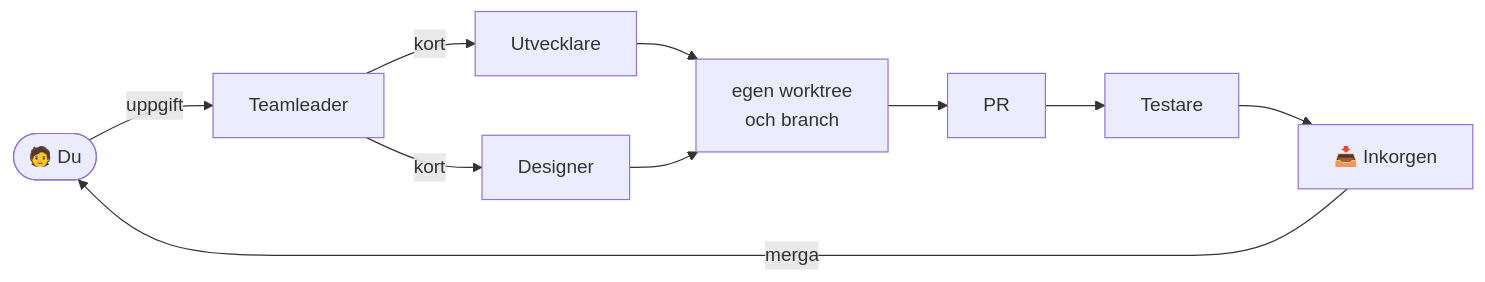
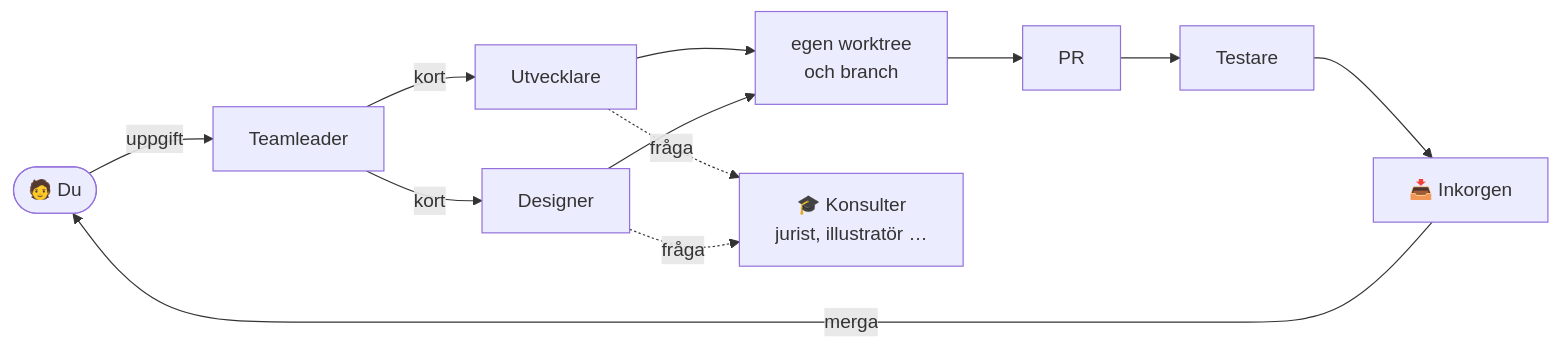
The diagram in README.md (KaffaKaffa/kontrollrummet), drawn with Mermaid before and after one commit. The commit also changed other lines of this file, not shown here.

Commit message:
Konsulter i README: i Vad som ingår, i flödesdiagrammet och under Anpassa

````diff
--- a/README.md
+++ b/README.md
@@ -45,12 +45,14 @@
 ```mermaid
 flowchart LR
     Du(["🧑 Du"]) -- uppgift --> TL["Teamleader"]
     TL -- kort --> D["Utvecklare"]
     TL -- kort --> DS["Designer"]
     D --> WT["egen worktree<br/>och branch"]
     DS --> WT
+    D -. fråga .-> K["🎓 Konsulter<br/>jurist, illustratör …"]
+    DS -. fråga .-> K
     WT --> PR["PR"]
     PR --> T["Testare"]
     T --> IN["📥 Inkorgen"]
     IN -- merga --> Du
 ```
````
